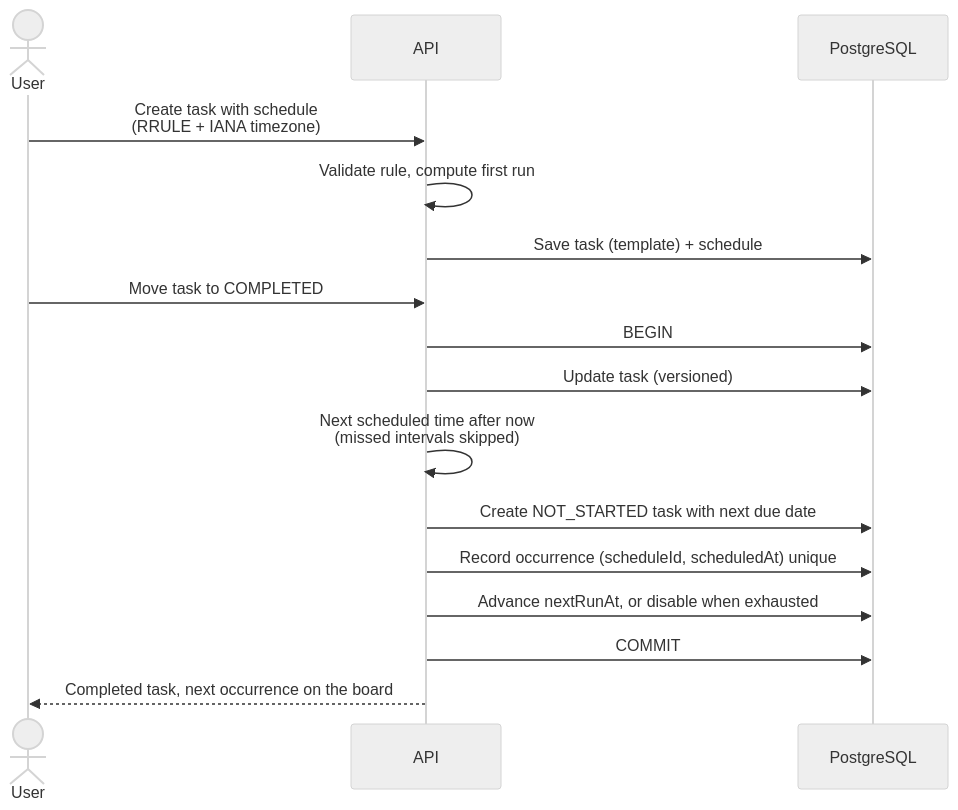
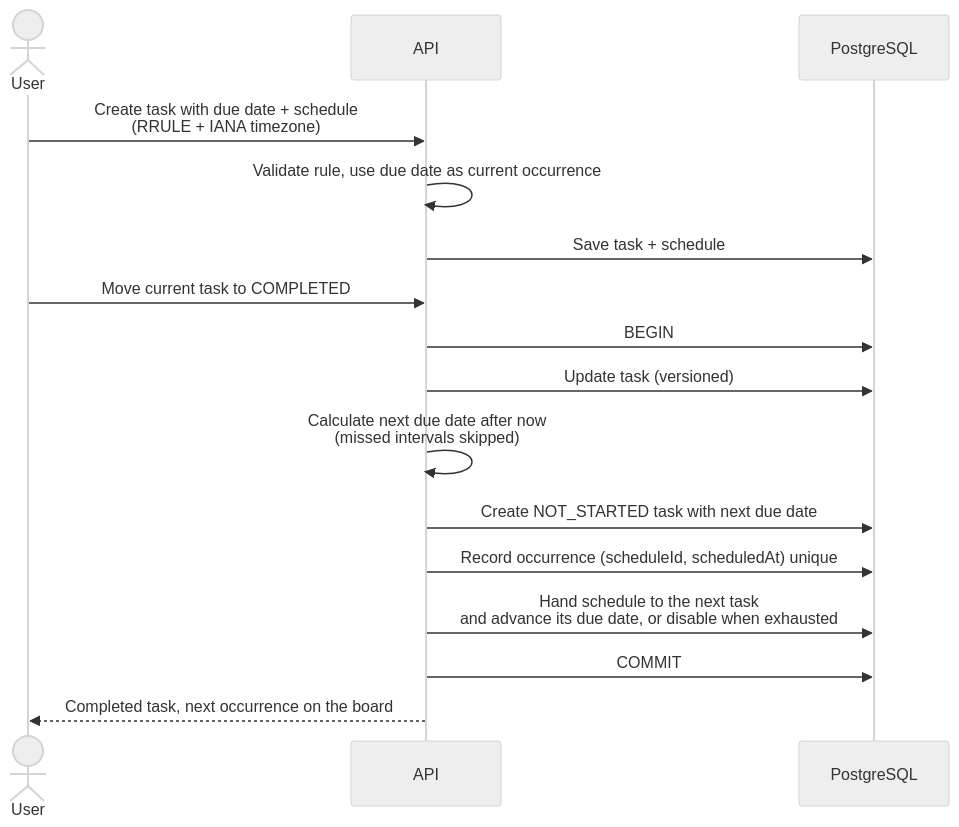
One commit to vanvalentin/todo-app-assessment changed the ninth of 11 diagrams in docs/architecture.md. Above: the diagram before and after it, drawn with Mermaid (neutral theme). The commit also changed other lines of this file and 1 other file, not shown here.

Commit message:
docs(recurrence): explain completion-driven repeats

````diff
--- a/docs/architecture.md
+++ b/docs/architecture.md
@@ -335,20 +335,20 @@
 ```mermaid
 sequenceDiagram
   actor U as User
   participant API
   participant P as PostgreSQL
 
-  U->>API: Create task with schedule<br/>(RRULE + IANA timezone)
-  API->>API: Validate rule, compute first run
-  API->>P: Save task (template) + schedule
+  U->>API: Create task with due date + schedule<br/>(RRULE + IANA timezone)
+  API->>API: Validate rule, use due date as current occurrence
+  API->>P: Save task + schedule
 
-  U->>API: Move task to COMPLETED
+  U->>API: Move current task to COMPLETED
   API->>P: BEGIN
   API->>P: Update task (versioned)
-  API->>API: Next scheduled time after now<br/>(missed intervals skipped)
+  API->>API: Calculate next due date after now<br/>(missed intervals skipped)
   API->>P: Create NOT_STARTED task with next due date
   API->>P: Record occurrence (scheduleId, scheduledAt) unique
-  API->>P: Advance nextRunAt, or disable when exhausted
+  API->>P: Hand schedule to the next task<br/>and advance its due date, or disable when exhausted
   API->>P: COMMIT
   API-->>U: Completed task, next occurrence on the board
 ```
````
